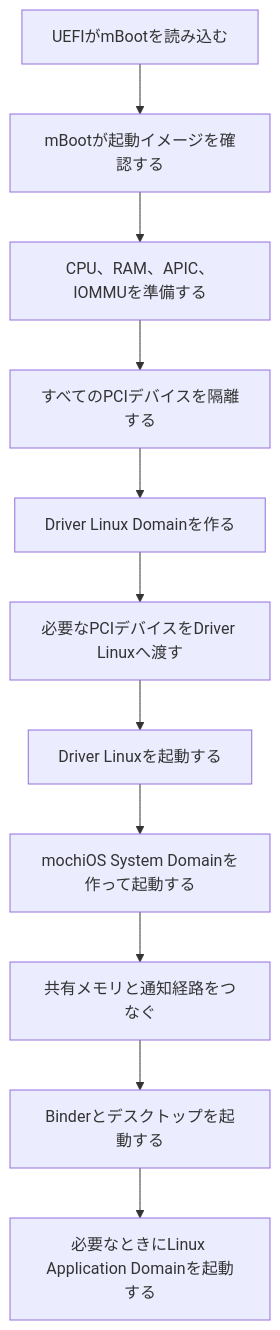
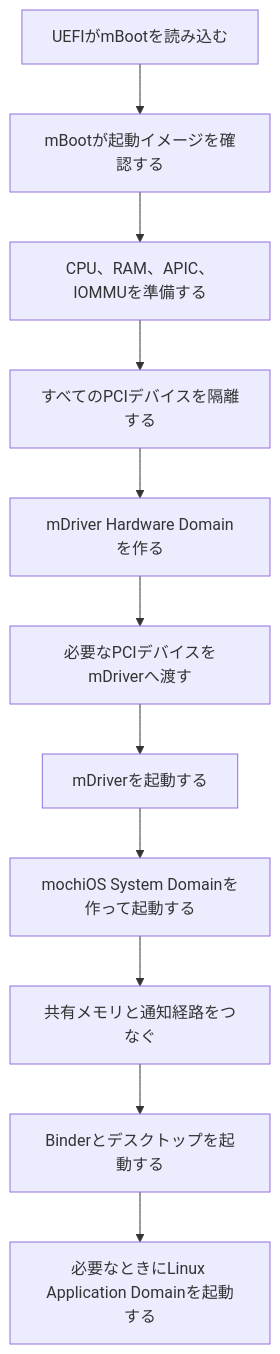
Before and after one commit to mochiOS/mochiOS: the ninth of 9 diagrams in docs/mboot/about.md, drawn with Mermaid. The commit also changed other lines of this file and 1 other file, not shown here.

Commit message:
Integrate the mDriver workspace build

````diff
--- a/docs/mboot/about.md
+++ b/docs/mboot/about.md
@@ -280,17 +280,17 @@
 ```mermaid
 flowchart TB
     uefi[UEFIがmBootを読み込む]
     verify[mBootが起動イメージを確認する]
     prepare[CPU、RAM、APIC、IOMMUを準備する]
     isolate[すべてのPCIデバイスを隔離する]
-    driverCreate[Driver Linux Domainを作る]
-    assign[必要なPCIデバイスをDriver Linuxへ渡す]
-    driverStart[Driver Linuxを起動する]
+    driverCreate[mDriver Hardware Domainを作る]
+    assign[必要なPCIデバイスをmDriverへ渡す]
+    driverStart[mDriverを起動する]
     mochiStart[mochiOS System Domainを作って起動する]
     channels[共有メモリと通知経路をつなぐ]
     desktop[Binderとデスクトップを起動する]
     appDomain[必要なときにLinux Application Domainを起動する]
 
     uefi --> verify --> prepare --> isolate --> driverCreate --> assign
     assign --> driverStart --> mochiStart --> channels --> desktop --> appDomain
 ```
````
